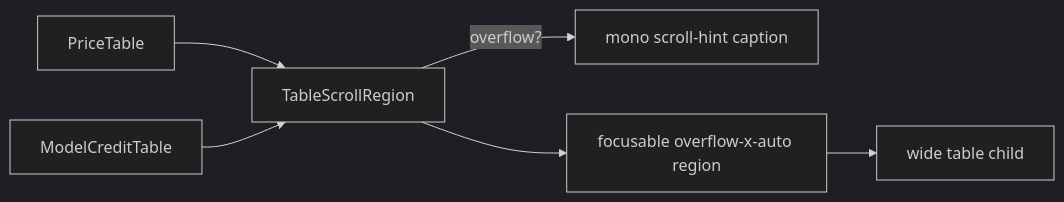
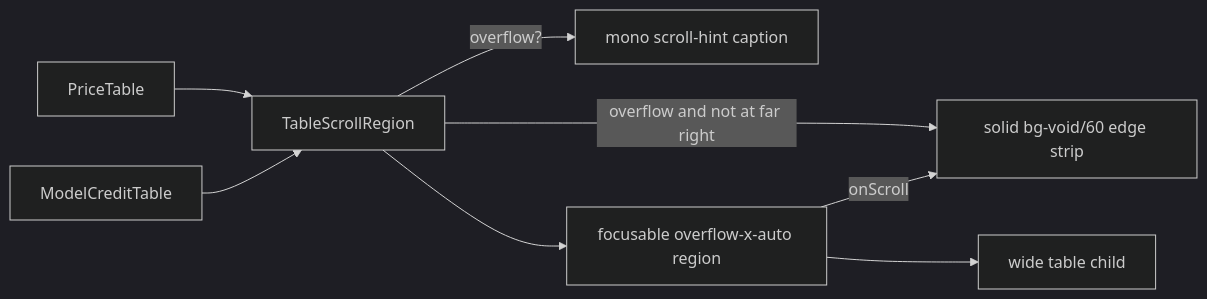
The diagram in apps/web/src/modules/Landing/components/TableScrollRegion.tsx.md (AzamatRaimbekov2/openCreate), drawn with Mermaid (dark theme) before and after one commit. The commit also changed other lines of this file and 8 other files, not shown here.

````diff
--- a/apps/web/src/modules/Landing/components/TableScrollRegion.tsx.md
+++ b/apps/web/src/modules/Landing/components/TableScrollRegion.tsx.md
@@ -33,8 +39,10 @@
 ```mermaid
 flowchart LR
   PT[PriceTable] --> TSR[TableScrollRegion]
   MCT[ModelCreditTable] --> TSR
   TSR -->|overflow?| HINT[mono scroll-hint caption]
+  TSR -->|overflow and not at far right| STRIP[solid bg-void/60 edge strip]
   TSR --> REGION[focusable overflow-x-auto region]
+  REGION -->|onScroll| STRIP
   REGION --> TABLE[wide table child]
 ```
````
